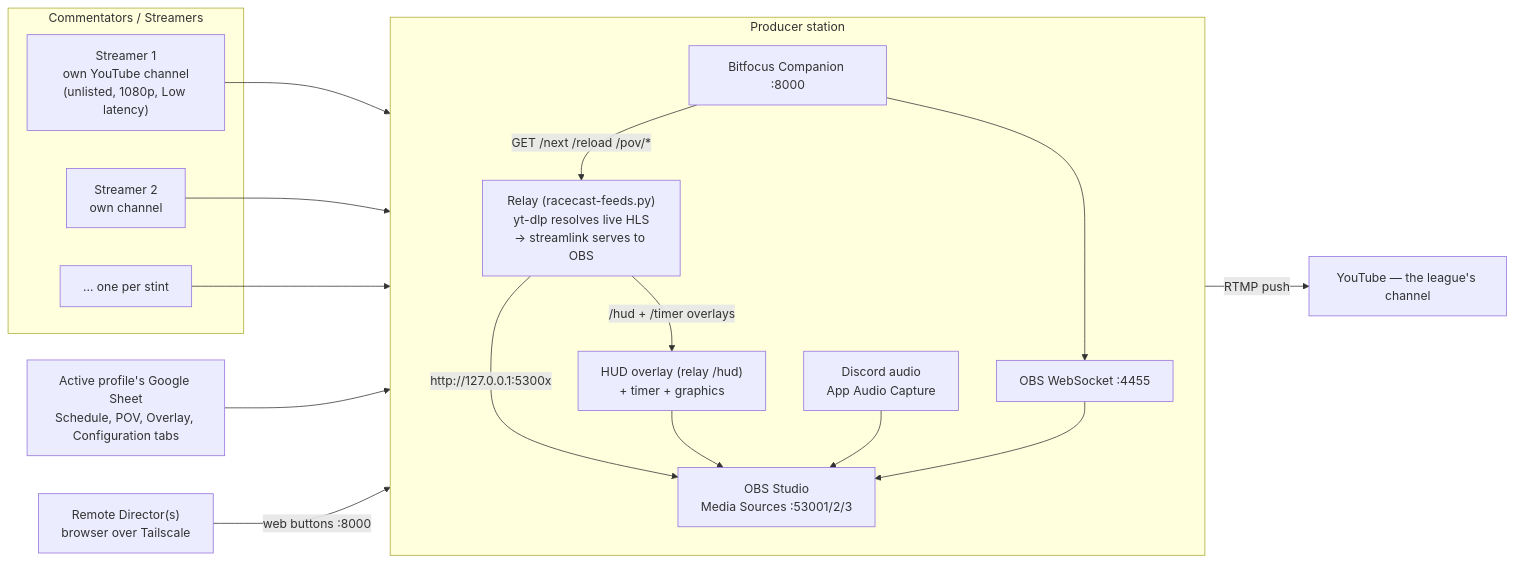
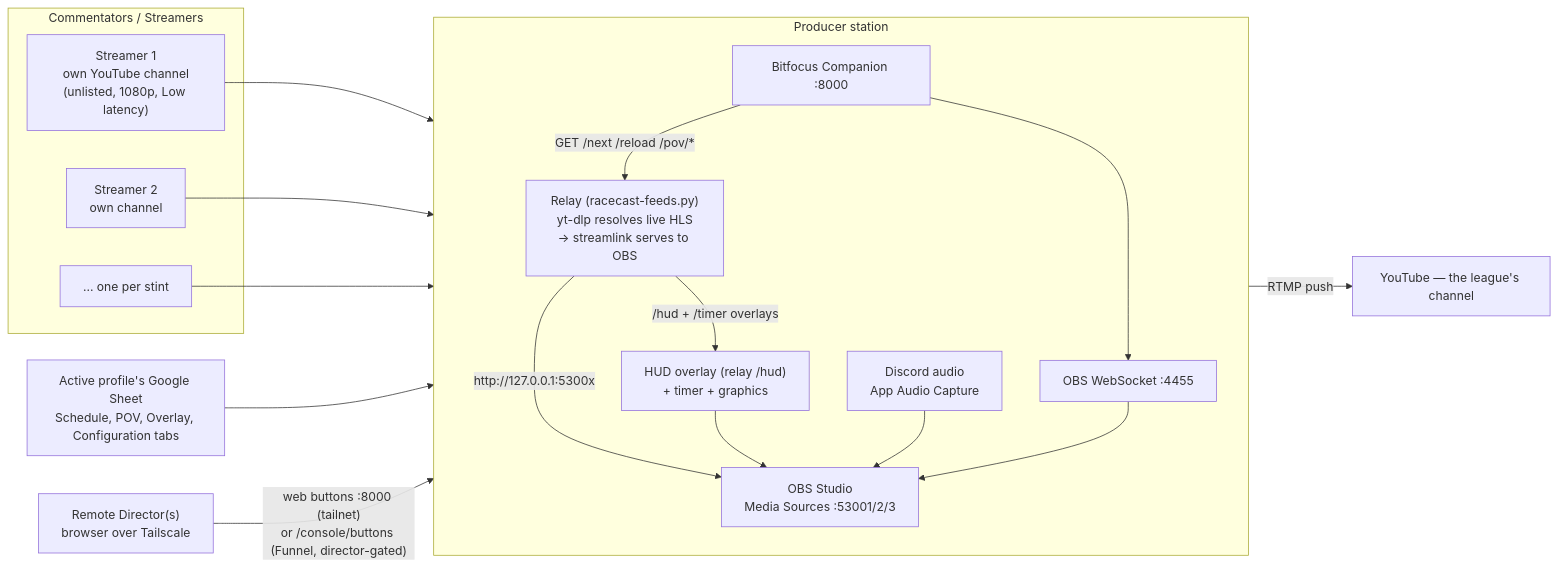
One commit to jegr78/gt-endurance-racing-broadcast changed the first of 4 diagrams in src/docs/wiki/Architecture.md. Above: the diagram before and after it, drawn with Mermaid. The commit also changed other lines of this file and 3 other files, not shown here.

Commit message:
docs(wiki): document Companion buttons over Funnel + the boundary change (#236)

````diff
--- a/src/docs/wiki/Architecture.md
+++ b/src/docs/wiki/Architecture.md
@@ -32,35 +32,35 @@
 ```mermaid
 flowchart LR
   subgraph Streamers["Commentators / Streamers"]
     S1["Streamer 1<br/>own YouTube channel<br/>(unlisted, 1080p, Low latency)"]
     S2["Streamer 2<br/>own channel"]
     Sn["… one per stint"]
   end
 
   subgraph Producer["Producer station"]
     direction TB
     RELAY["Relay (racecast-feeds.py)<br/>yt-dlp resolves live HLS<br/>→ streamlink serves to OBS"]
     OBS["OBS Studio<br/>Media Sources :53001/2/3"]
     HUD["HUD overlay (relay /hud)<br/>+ timer + graphics"]
     DISC["Discord audio<br/>App Audio Capture"]
     WS["OBS WebSocket :4455"]
     COMP["Bitfocus Companion :8000"]
   end
 
   SHEET["Active profile's Google Sheet<br/>Schedule, POV, Overlay, Configuration tabs"]
   YT["YouTube — the league's channel"]
   DIR["Remote Director(s)<br/>browser over Tailscale"]
 
   S1 --> RELAY
   S2 --> RELAY
   Sn --> RELAY
   RELAY -->|"http://127.0.0.1:5300x"| OBS
   SHEET --> RELAY
   RELAY -->|"/hud + /timer overlays"| HUD
   HUD --> OBS
   DISC --> OBS
   OBS -->|RTMP push| YT
   COMP --> WS --> OBS
   COMP -->|"GET /next /reload /pov/*"| RELAY
-  DIR -->|"web buttons :8000"| COMP
+  DIR -->|"web buttons :8000 (tailnet)<br/>or /console/buttons (Funnel, director-gated)"| COMP
 ```
````
